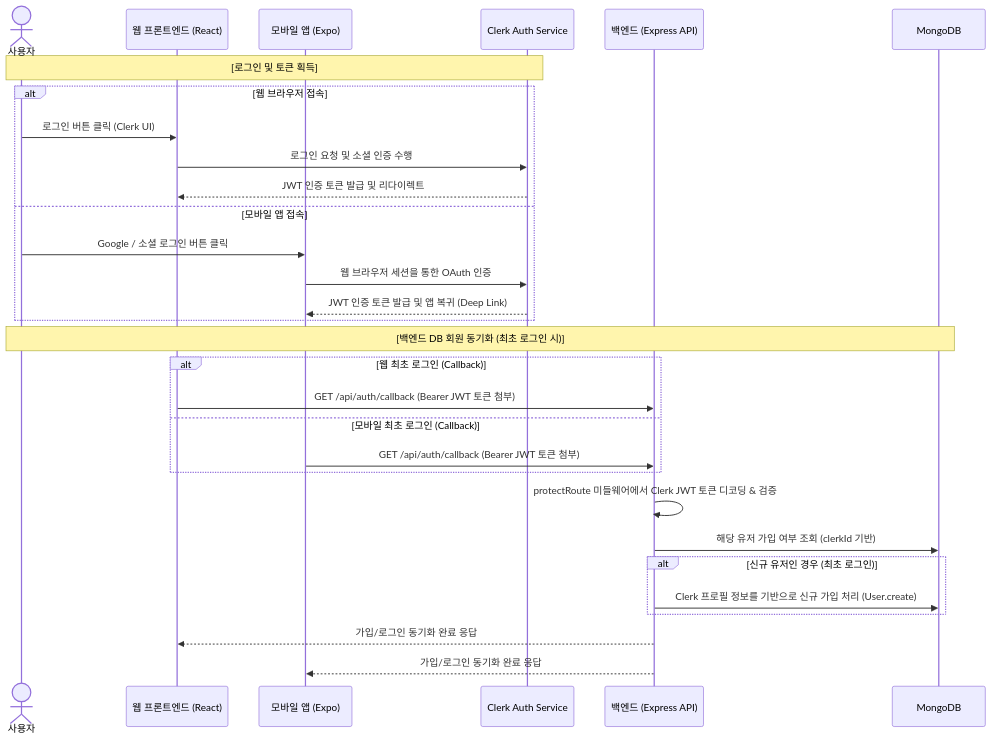
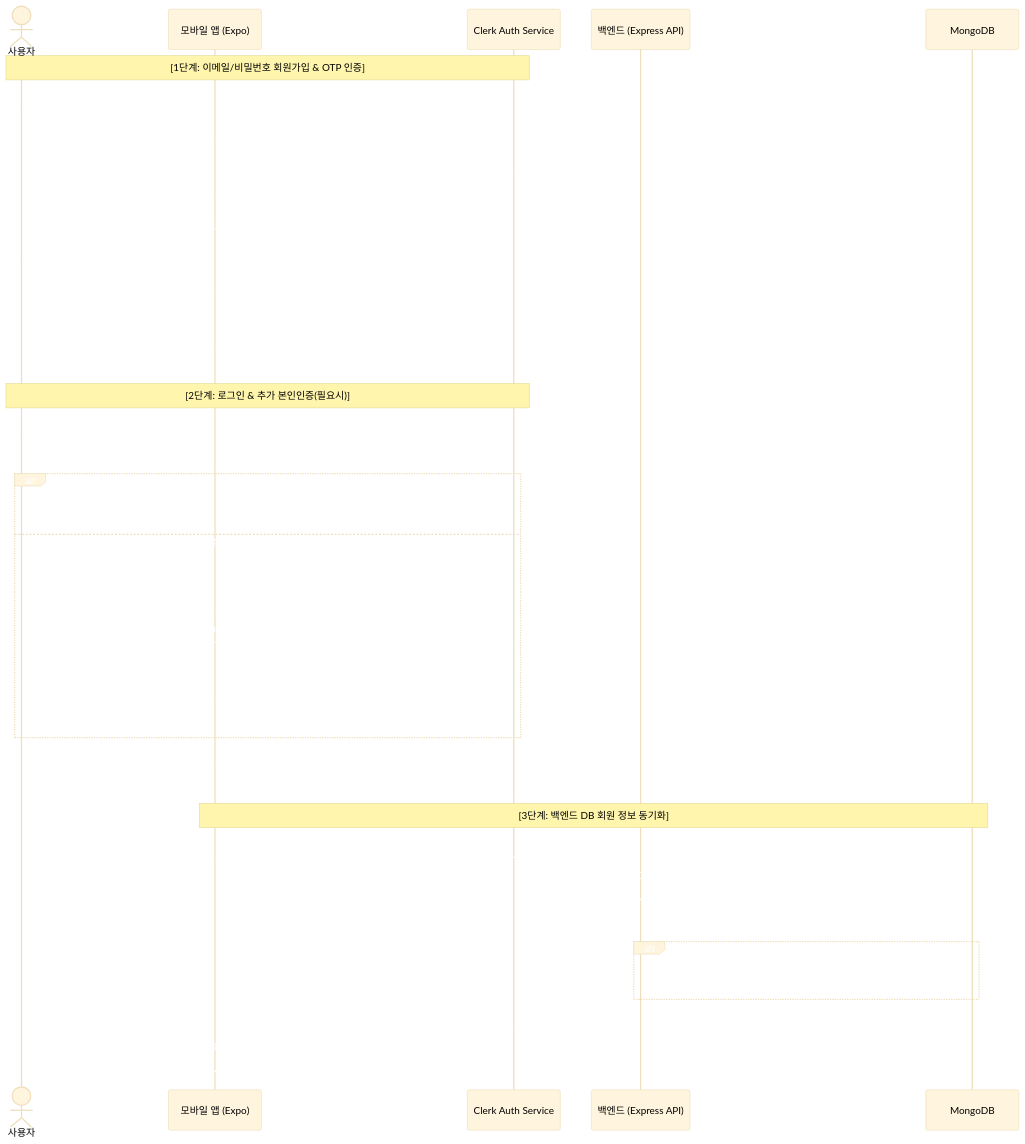
The diagram in clerk-procedure.md (guniluk/webMobile-wallet), drawn with Mermaid before and after one commit. The commit also changed other lines of this file and 45 other files, not shown here.

````diff
--- a/clerk-procedure.md
+++ b/clerk-procedure.md
@@ -9,35 +11,52 @@
 ```mermaid
+%%{init: { 'theme': 'base', 'themeVariables': { 'primaryTextColor': '#FFFFFF', 'actorTextColor': '#000000', 'noteTextColor': '#000000', 'signalTextColor': '#FFFFFF', 'labelTextColor': '#FFFFFF', 'loopTextColor': '#FFFFFF' }}}%%
 sequenceDiagram
     actor User as 사용자
-    participant FE_Web as 웹 프론트엔드 (React)
-    participant FE_Mobile as 모바일 앱 (Expo)
+    participant App as 모바일 앱 (Expo)
     participant Clerk as Clerk Auth Service
     participant BE as 백엔드 (Express API)
     participant DB as MongoDB
     
-    Note over User, Clerk: [로그인 및 토큰 획득]
-    alt 웹 브라우저 접속
-        User->>FE_Web: 로그인 버튼 클릭 (Clerk UI)
-        FE_Web->>Clerk: 로그인 요청 및 소셜 인증 수행
-        Clerk-->>FE_Web: JWT 인증 토큰 발급 및 리다이렉트
-    else 모바일 앱 접속
-        User->>FE_Mobile: Google / 소셜 로그인 버튼 클릭
-        FE_Mobile->>Clerk: 웹 브라우저 세션을 통한 OAuth 인증
-        Clerk-->>FE_Mobile: JWT 인증 토큰 발급 및 앱 복귀 (Deep Link)
+    %% 회원가입 흐름
+    Note over User, Clerk: [1단계: 이메일/비밀번호 회원가입 & OTP 인증]
+    User->>App: 이메일, 비밀번호 입력 & 가입 요청
+    App->>Clerk: signUp.create({ emailAddress, password })
+    Clerk-->>App: 가입 요청 접수 (status: missing_requirements)
+    App->>Clerk: signUp.verifications.sendEmailCode() (6자리 인증코드 발송)
+    Clerk-->>User: 이메일로 6자리 인증 코드 발송
+    User->>App: 이메일로 수신한 6자리 코드 입력
+    App->>Clerk: signUp.verifications.verifyEmailCode({ code })
+    Clerk-->>App: 인증 완료 및 계정 활성화 (signUp.status: complete)
+    App->>Clerk: setActive({ session: signUp.createdSessionId }) (세션 활성화)
+    Clerk-->>App: JWT 토큰 발급 및 로컬 SecureStore 저장
+
+    %% 로그인 및 추가 인증 흐름
+    Note over User, Clerk: [2단계: 로그인 & 추가 본인인증(필요시)]
+    User->>App: 이메일, 비밀번호 입력 & 로그인 요청
+    App->>Clerk: signIn.create({ identifier, password })
+    
+    alt 즉시 로그인 성공
+        Clerk-->>App: 로그인 완료 (signIn.status: complete)
+    else 이메일 추가 인증 필요 (needs_first_factor)
+        Clerk-->>App: 추가 인증 필요 응답 (signIn.status: needs_first_factor)
+        App->>Clerk: signIn.prepareFirstFactor({ strategy: 'email_code', ... })
+        Clerk-->>User: 이메일로 6자리 일회용 코드 발송
+        User->>App: 6자리 코드 입력
+        App->>Clerk: signIn.attemptFirstFactor({ strategy: 'email_code', code })
+        Clerk-->>App: 로그인 최종 완료 (signIn.status: complete)
     end
+    
+    App->>Clerk: setActive({ session: signIn.createdSessionId }) (세션 활성화)
+    Clerk-->>App: JWT 토큰 발급 및 로컬 SecureStore 저장
 
-    Note over User, DB: [백엔드 DB 회원 동기화 (최초 로그인 시)]
-    alt 웹 최초 로그인 (Callback)
-        FE_Web->>BE: GET /api/auth/callback (Bearer JWT 토큰 첨부)
-    else 모바일 최초 로그인 (Callback)
-        FE_Mobile->>BE: GET /api/auth/callback (Bearer JWT 토큰 첨부)
+    %% 백엔드 DB 회원 동기화
+    Note over App, DB: [3단계: 백엔드 DB 회원 정보 동기화]
+    App->>BE: GET /api/auth/callback (Bearer JWT 토큰 헤더 첨부)
+    BE->>BE: protectRoute 미들웨어에서 Clerk JWT 토큰 디코딩 & 검증
+    BE->>DB: clerkId 기반 가입 여부 조회
+    alt 신규 회원인 경우
+        BE->>DB: Clerk 프로필 정보를 DB에 동적 복사 & 회원 테이블 생성 (User.create)
     end
-
-    BE->>BE: protectRoute 미들웨어에서 Clerk JWT 토큰 디코딩 & 검증
-    BE->>DB: 해당 유저 가입 여부 조회 (clerkId 기반)
-    alt 신규 유저인 경우 (최초 로그인)
-        BE->>DB: Clerk 프로필 정보를 기반으로 신규 가입 처리 (User.create)
-    end
-    BE-->>FE_Web: 가입/로그인 동기화 완료 응답
-    BE-->>FE_Mobile: 가입/로그인 동기화 완료 응답
+    BE-->>App: 가입/로그인 동기화 완료 응답
+    App->>App: 메인 대시보드 화면(Index) 진입
 ```
````
